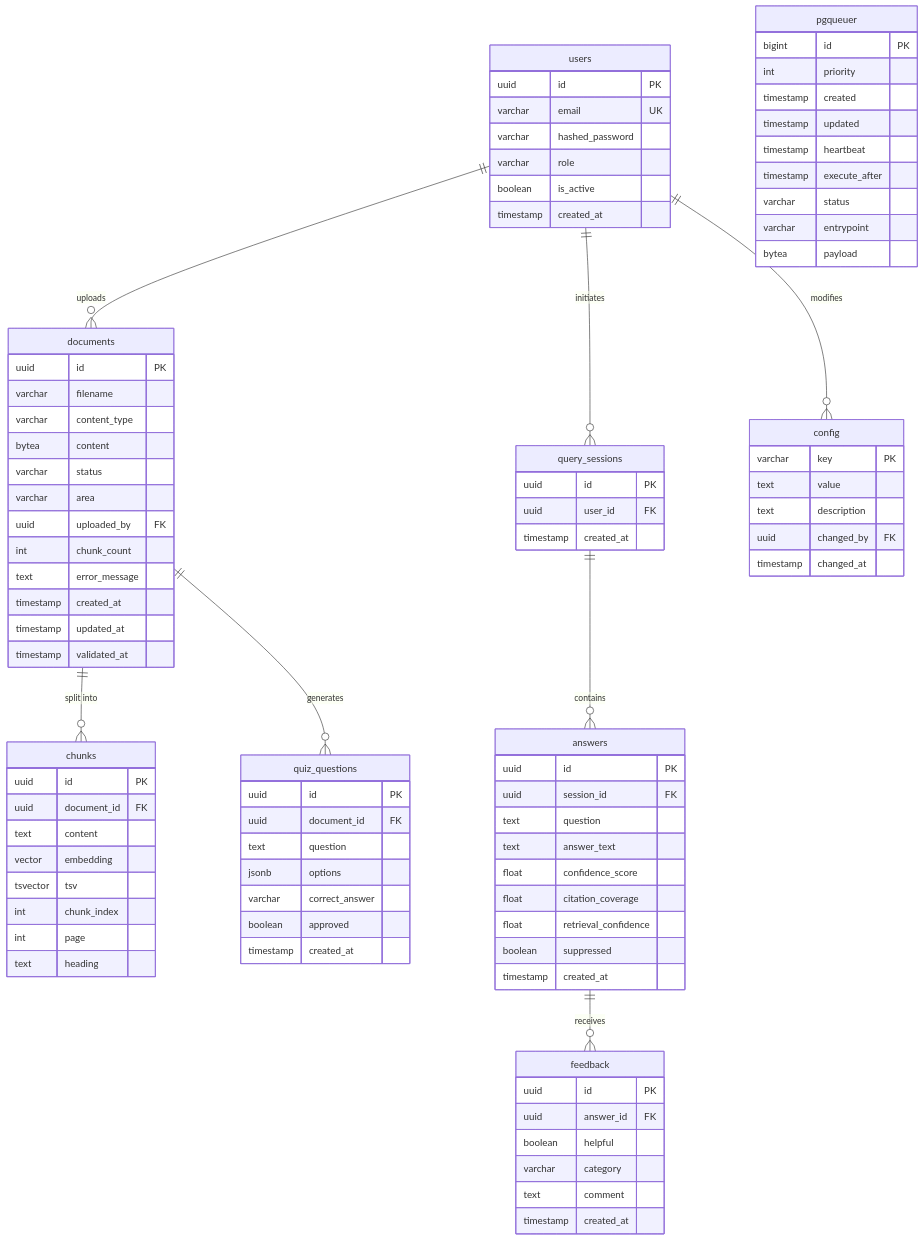
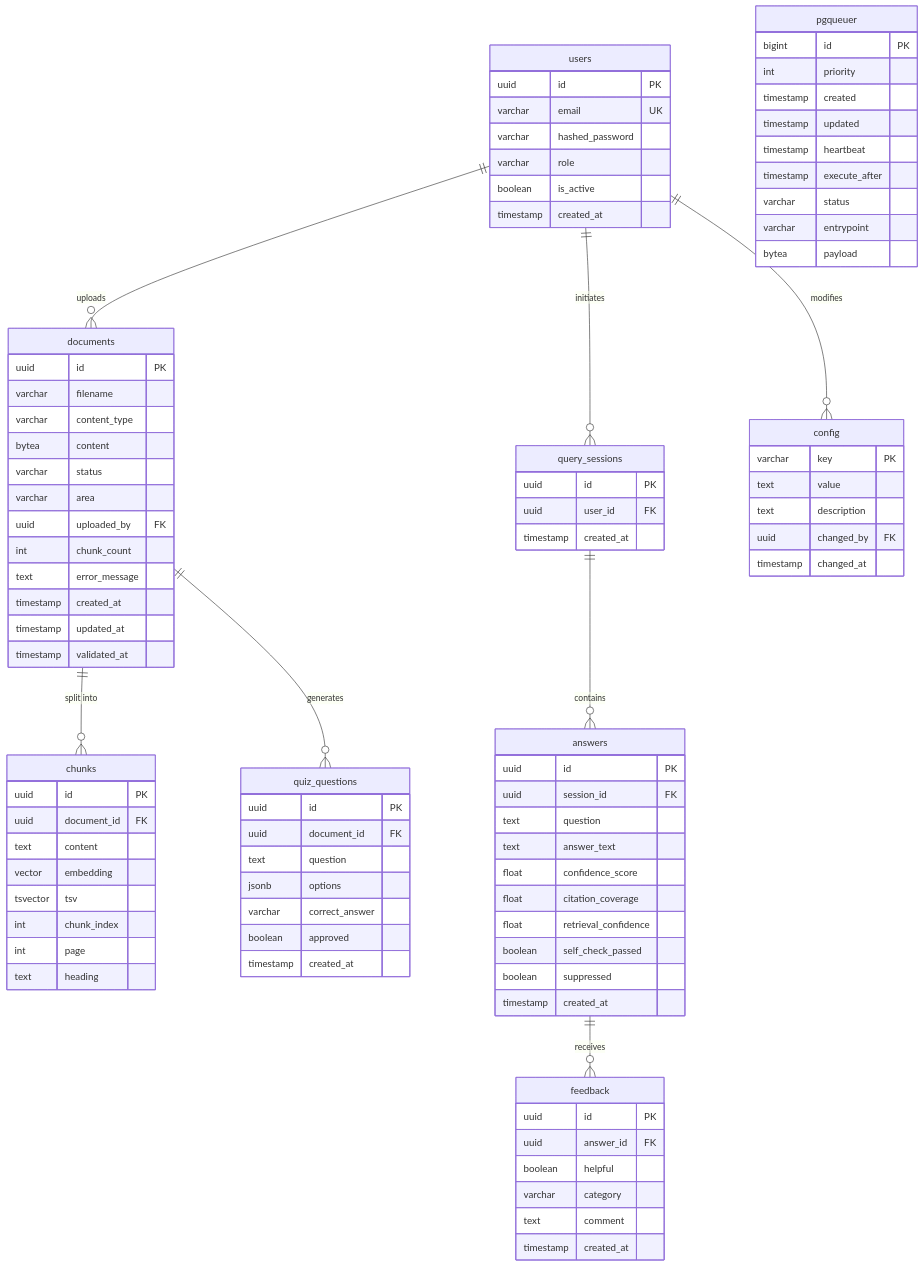
The diagram in Docs/08_ERD.md (tsorer/LearnFlow), drawn with Mermaid before and after one commit. The commit also changed other lines of this file and 24 other files, not shown here.

```diff
--- a/Docs/08_ERD.md
+++ b/Docs/08_ERD.md
@@ -88,6 +88,7 @@
         float       confidence_score
         float       citation_coverage
         float       retrieval_confidence
+        boolean     self_check_passed
         boolean     suppressed
         timestamp   created_at
     }
```
